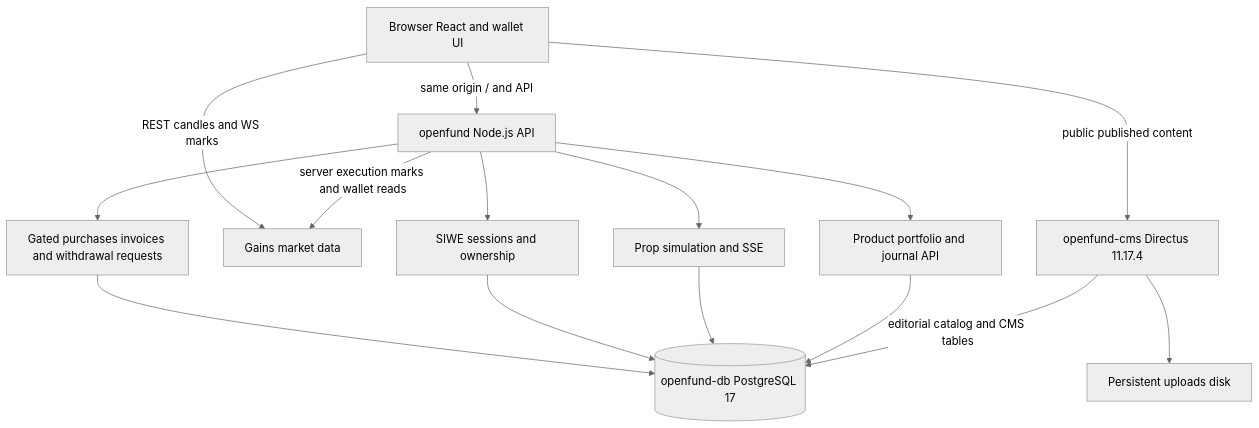
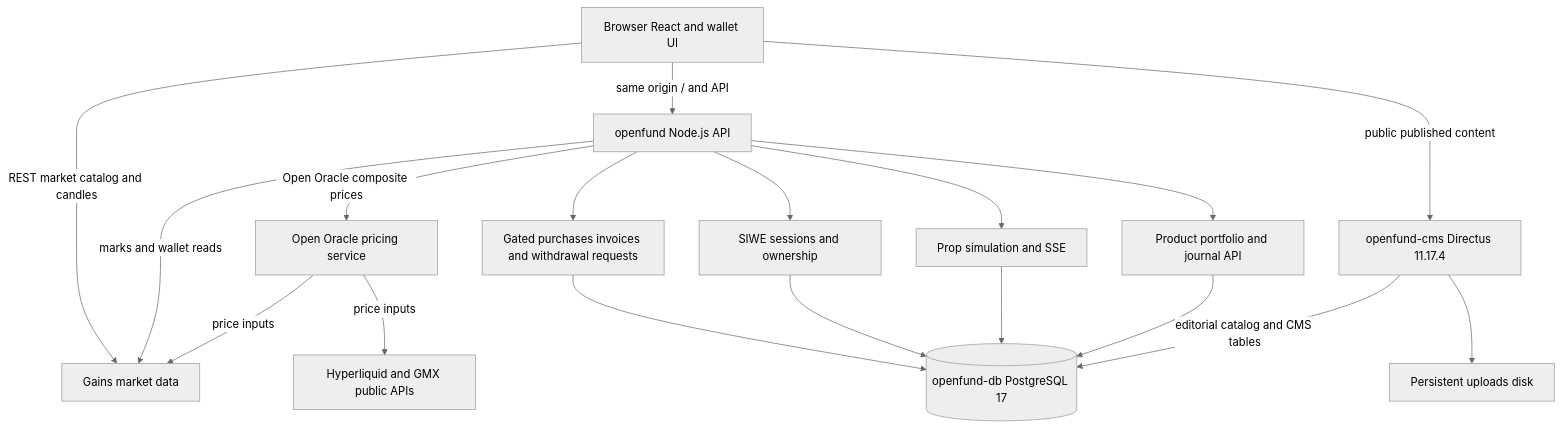
One commit to algomanlife/openfund changed the diagram in docs/architecture/ARCHITECTURE.md. Above: the diagram before and after it, drawn with Mermaid (neutral theme). The commit also changed 21 other files, not shown here.

First line of the commit message:
docs(oracle): record the pricing service, its API, variables and live acceptance

````diff
--- a/docs/architecture/ARCHITECTURE.md
+++ b/docs/architecture/ARCHITECTURE.md
@@ -11,17 +11,20 @@
 ```mermaid
 flowchart TB
   Browser[Browser React and wallet UI] -->|same origin / and API| Node[openfund Node.js API]
   Browser -->|public published content| CMS[openfund-cms Directus 11.17.4]
-  Browser -->|REST candles and WS marks| Gains[Gains market data]
-  Node -->|server execution marks and wallet reads| Gains
+  Browser -->|REST market catalog and candles| Gains[Gains market data]
+  Node -->|marks and wallet reads| Gains
+  Node -->|Open Oracle composite prices| Oracle[Open Oracle pricing service]
+  Oracle -->|price inputs| Gains
+  Oracle -->|price inputs| Providers[Hyperliquid and GMX public APIs]
   Node --> Auth[SIWE sessions and ownership]
   Node --> Engine[Prop simulation and SSE]
   Node --> Product[Product portfolio and journal API]
   Node --> Commerce[Gated purchases invoices and withdrawal requests]
   Commerce --> DB
   Auth --> DB[(openfund-db PostgreSQL 17)]
   Engine --> DB
   Product --> DB
   CMS -->|editorial catalog and CMS tables| DB
   CMS --> Uploads[Persistent uploads disk]
 ```
````
